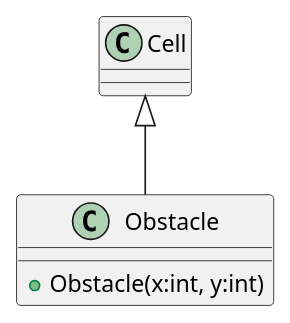
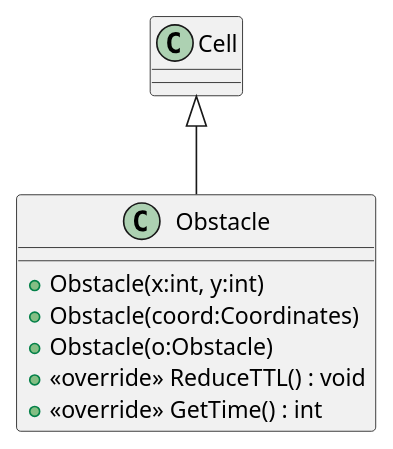
One commit to 19vano97/levelUpOOP changed the diagram in plantuml/OceanLife/Obstacle.puml. Above: the diagram before and after it, drawn with PlantUML. The commit also changed 33 other files, not shown here.

```diff
--- a/plantuml/OceanLife/Obstacle.puml
+++ b/plantuml/OceanLife/Obstacle.puml
@@ -1,6 +1,10 @@
 @startuml
 class Obstacle {
     + Obstacle(x:int, y:int)
+    + Obstacle(coord:Coordinates)
+    + Obstacle(o:Obstacle)
+    + <<override>> ReduceTTL() : void
+    + <<override>> GetTime() : int
 }
 Cell <|-- Obstacle
 @enduml
```
